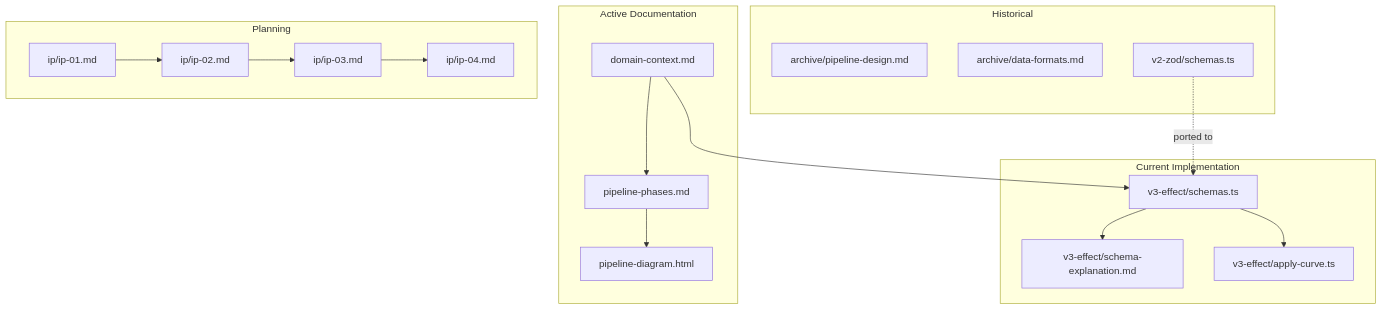
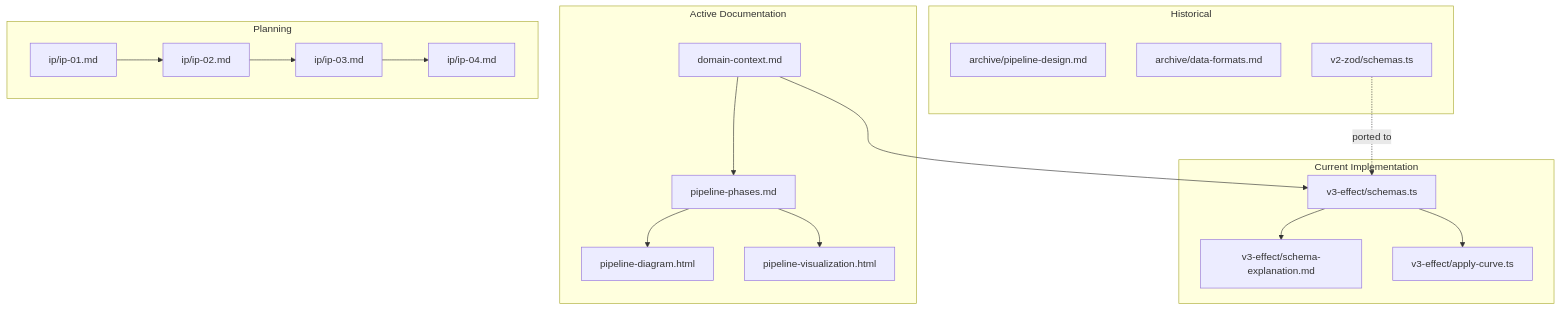
Before and after one commit to paideia-ai/tech-doc-axiia: the diagram in score-post-llm-pipeline/index.md, drawn with Mermaid. The commit also changed other lines of this file and 1 other file, not shown here.

Commit message:
Add interactive DAG visualization of the score post-LLM pipeline
Self-contained HTML with SVG DAG overview, node/edge detail cards,
success/failure examples from fixture data, and all 10 compatibility checks.

````diff
--- a/score-post-llm-pipeline/index.md
+++ b/score-post-llm-pipeline/index.md
@@ -55,28 +56,29 @@
 ```mermaid
 graph TD
     subgraph "Active Documentation"
         DC[domain-context.md] --> PP[pipeline-phases.md]
         PP --> DIAG[pipeline-diagram.html]
+        PP --> VIZ[pipeline-visualization.html]
     end
 
     subgraph "Current Implementation"
         ESCH[v3-effect/schemas.ts]
         ESCH --> EXP[v3-effect/schema-explanation.md]
         ESCH --> AC[v3-effect/apply-curve.ts]
     end
 
     subgraph "Historical"
         PD[archive/pipeline-design.md]
         DF[archive/data-formats.md]
         SCH[v2-zod/schemas.ts]
         SCH -. "ported to" .-> ESCH
     end
 
     subgraph "Planning"
         IP1[ip/ip-01.md] --> IP2[ip/ip-02.md]
         IP2 --> IP3[ip/ip-03.md]
         IP3 --> IP4[ip/ip-04.md]
     end
 
     DC --> ESCH
 ```
````
